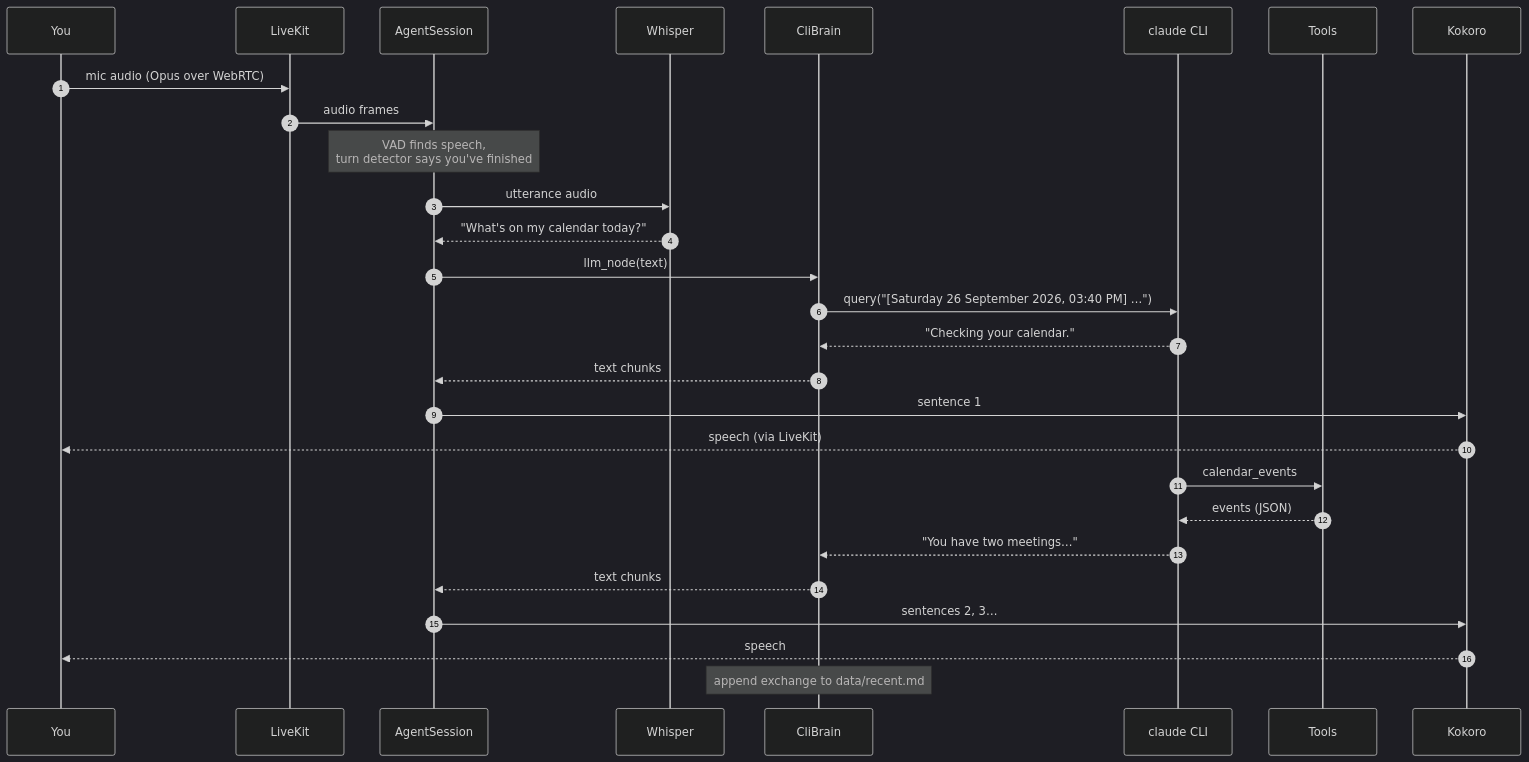
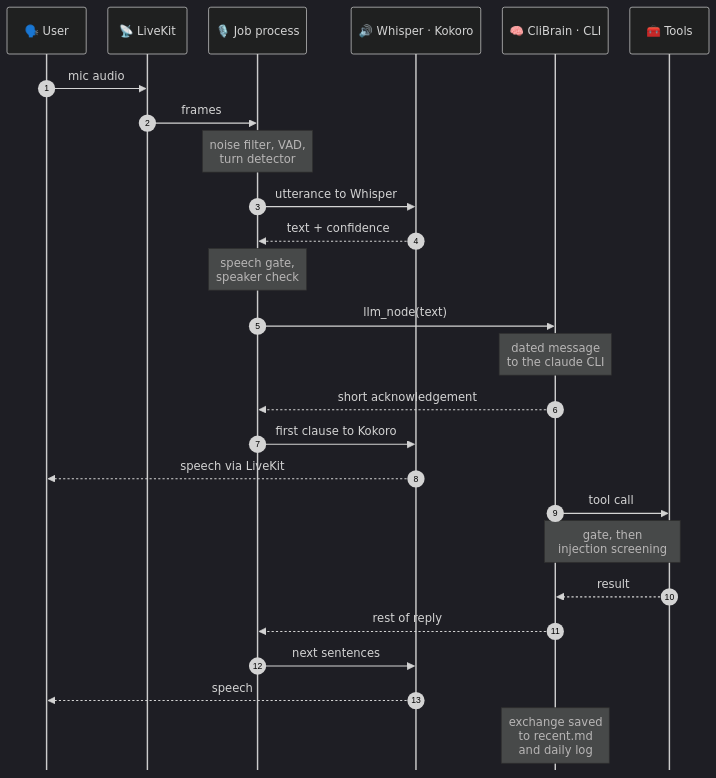
One commit to anilkumarmeena/alfred changed the second of 6 diagrams in docs/architecture.md. Above: the diagram before and after it, drawn with Mermaid (dark theme). The commit also changed other lines of this file and 13 other files, not shown here.

````diff
--- a/docs/architecture.md
+++ b/docs/architecture.md
@@ -177,31 +169,30 @@
 ```mermaid
+%%{init: {"sequence": {"mirrorActors": false, "width": 110, "actorMargin": 30}}}%%
 sequenceDiagram
     autonumber
-    participant U as You
-    participant LK as LiveKit
-    participant S as AgentSession
-    participant W as Whisper
-    participant B as CliBrain
-    participant C as claude CLI
-    participant T as Tools
-    participant K as Kokoro
+    participant U as 🗣️ User
+    participant LK as 📡 LiveKit
+    participant J as 🎙️ Job process
+    participant S as 🔊 Whisper · Kokoro
+    participant B as 🧠 CliBrain · CLI
+    participant T as 🧰 Tools
 
-    U->>LK: mic audio (Opus over WebRTC)
-    LK->>S: audio frames
-    Note over S: VAD finds speech,<br/>turn detector says you've finished
-    S->>W: utterance audio
-    W-->>S: "What's on my calendar today?"
-    S->>B: llm_node(text)
-    B->>C: query("[Saturday 26 September 2026, 03:40 PM] …")
-    C-->>B: "Checking your calendar."
-    B-->>S: text chunks
-    S->>K: sentence 1
-    K-->>U: speech (via LiveKit)
-    C->>T: calendar_events
-    T-->>C: events (JSON)
-    C-->>B: "You have two meetings…"
-    B-->>S: text chunks
-    S->>K: sentences 2, 3…
-    K-->>U: speech
-    Note over B: append exchange to data/recent.md
+    U->>LK: mic audio
+    LK->>J: frames
+    Note over J: noise filter, VAD,<br/>turn detector
+    J->>S: utterance to Whisper
+    S-->>J: text + confidence
+    Note over J: speech gate,<br/>speaker check
+    J->>B: llm_node(text)
+    Note over B: dated message<br/>to the claude CLI
+    B-->>J: short acknowledgement
+    J->>S: first clause to Kokoro
+    S-->>U: speech via LiveKit
+    B->>T: tool call
+    Note over B,T: gate, then<br/>injection screening
+    T-->>B: result
+    B-->>J: rest of reply
+    J->>S: next sentences
+    S-->>U: speech
+    Note over B: exchange saved<br/>to recent.md<br/>and daily log
 ```
````
